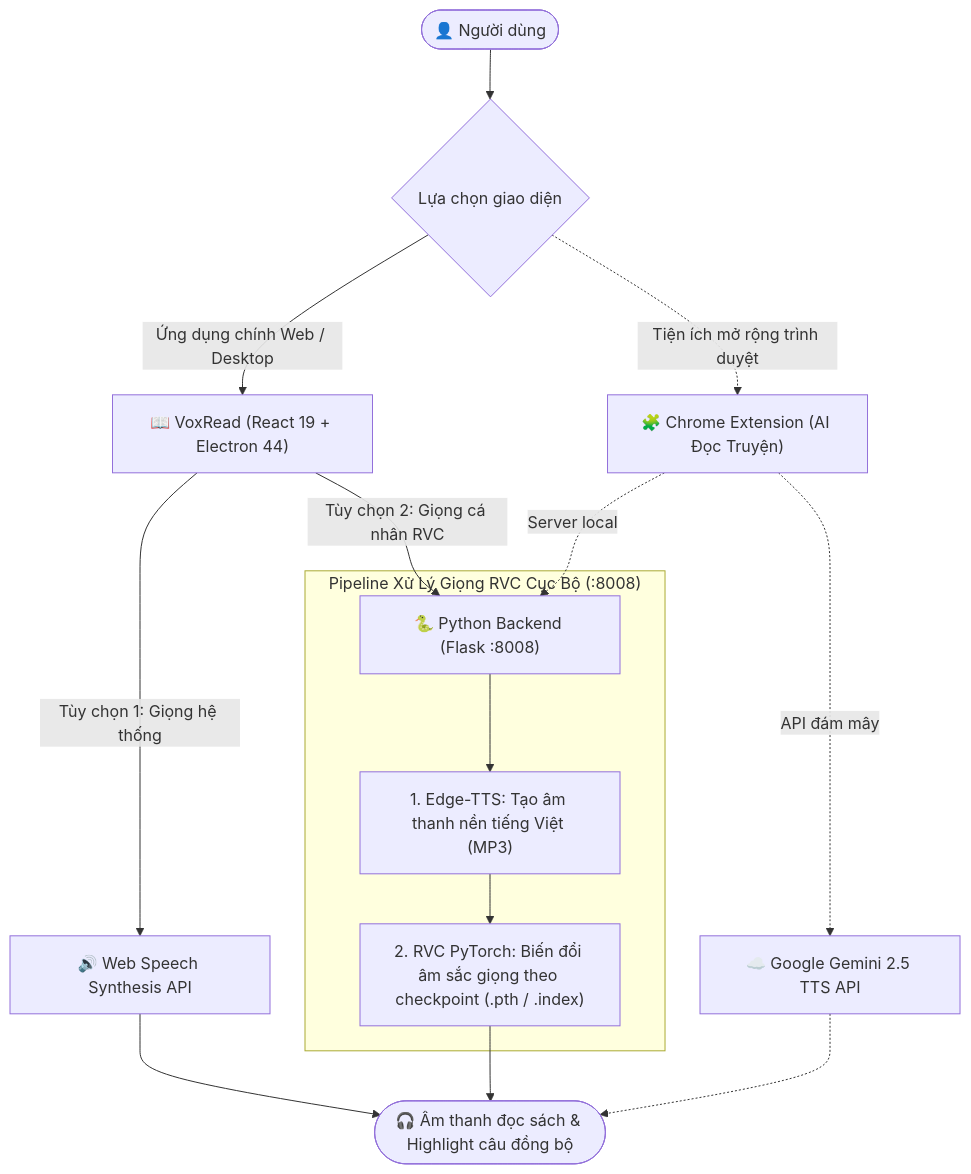
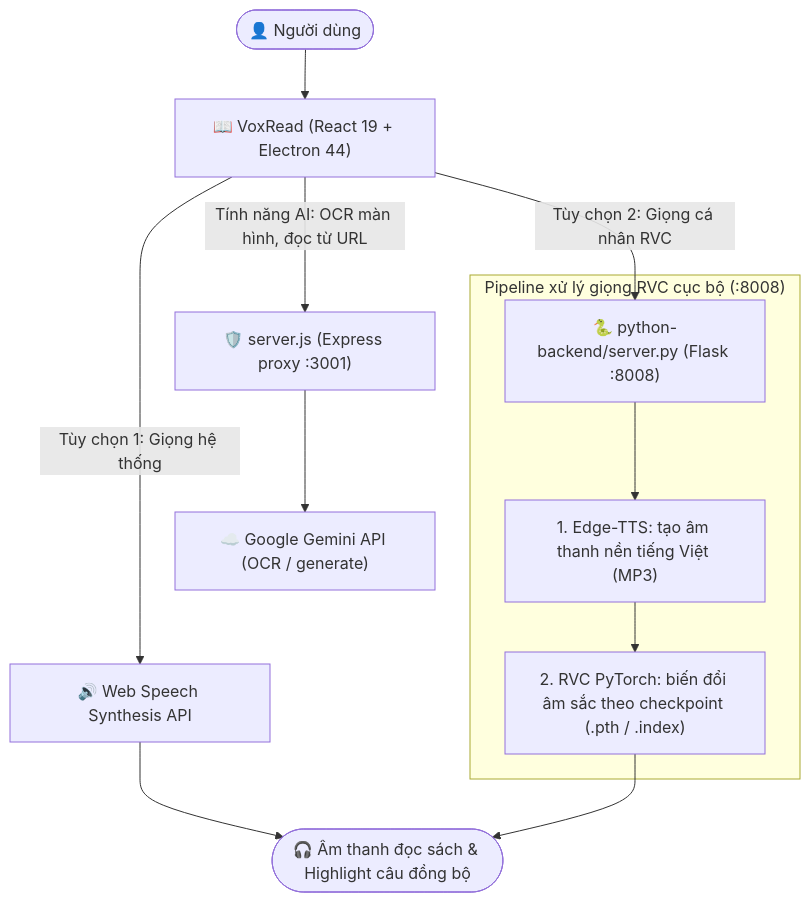
The diagram in README.md (caoduongle/reader), drawn with Mermaid before and after one commit. The commit also changed other lines of this file and 15 other files, not shown here.

````diff
--- a/README.md
+++ b/README.md
@@ -13,22 +16,18 @@
 ```mermaid
 flowchart TD
-    User([👤 Người dùng]) --> UI{Lựa chọn giao diện}
-
-    UI -->|Ứng dụng chính Web / Desktop| VR["📖 VoxRead (React 19 + Electron 44)"]
-    UI -.->|Tiện ích mở rộng trình duyệt| EXT["🧩 Chrome Extension (AI Đọc Truyện)"]
+    User([👤 Người dùng]) --> VR["📖 VoxRead (React 19 + Electron 44)"]
 
     VR -->|Tùy chọn 1: Giọng hệ thống| WS["🔊 Web Speech Synthesis API"]
-    VR -->|Tùy chọn 2: Giọng cá nhân RVC| RVC_SRV["🐍 Python Backend (Flask :8008)"]
+    VR -->|Tùy chọn 2: Giọng cá nhân RVC| RVC_SRV["🐍 python-backend/server.py (Flask :8008)"]
+    VR -->|Tính năng AI: OCR màn hình, đọc từ URL| PROXY["🛡️ server.js (Express proxy :3001)"]
 
-    EXT -.->|API đám mây| GEMINI["☁️ Google Gemini 2.5 TTS API"]
-    EXT -.->|Server local| RVC_SRV
+    PROXY --> GEMINI["☁️ Google Gemini API (OCR / generate)"]
 
-    subgraph RVC_Pipeline ["Pipeline Xử Lý Giọng RVC Cục Bộ (:8008)"]
-        RVC_SRV --> ET["1. Edge-TTS: Tạo âm thanh nền tiếng Việt (MP3)"]
-        ET --> RVC["2. RVC PyTorch: Biến đổi âm sắc giọng theo checkpoint (.pth / .index)"]
+    subgraph RVC_Pipeline ["Pipeline xử lý giọng RVC cục bộ (:8008)"]
+        RVC_SRV --> ET["1. Edge-TTS: tạo âm thanh nền tiếng Việt (MP3)"]
+        ET --> RVC["2. RVC PyTorch: biến đổi âm sắc theo checkpoint (.pth / .index)"]
     end
 
     WS --> OUT([🎧 Âm thanh đọc sách & Highlight câu đồng bộ])
     RVC --> OUT
-    GEMINI -.-> OUT
 ```
````
